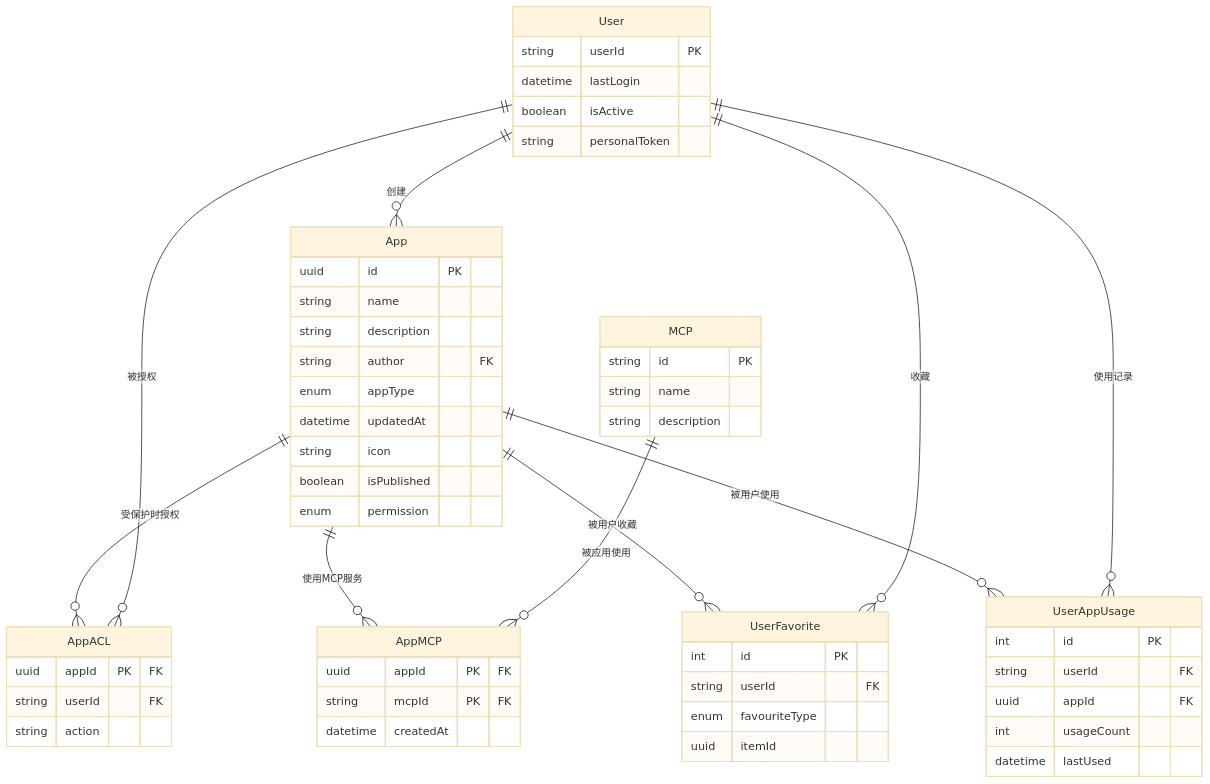
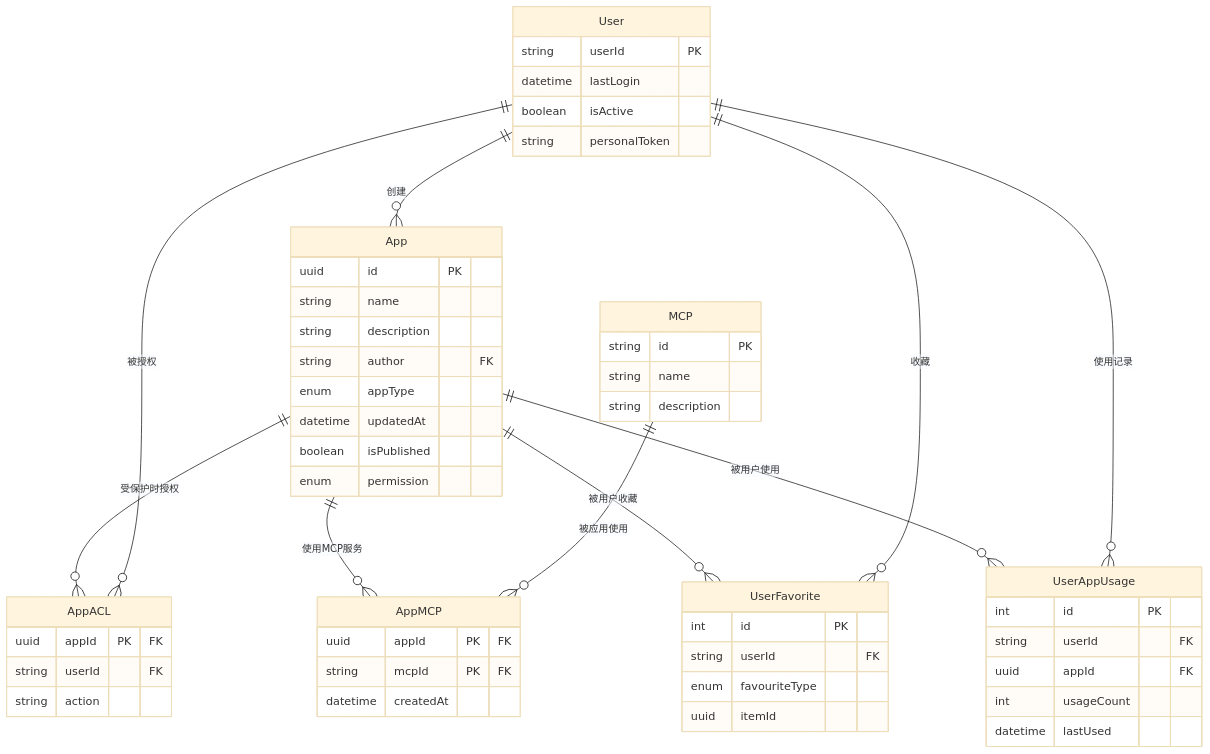
Before and after one commit to openeuler-mirror/euler-copilot-framework: the seventh of 8 diagrams in design/services/appcenter.md, drawn with Mermaid (base theme). The commit also changed other lines of this file and 1 other file, not shown here.

````diff
--- a/design/services/appcenter.md
+++ b/design/services/appcenter.md
@@ -760,64 +754,63 @@
 ```mermaid
 erDiagram
     App ||--o{ AppACL : "受保护时授权"
     App ||--o{ AppMCP : "使用MCP服务"
     App ||--o{ UserFavorite : "被用户收藏"
     App ||--o{ UserAppUsage : "被用户使用"
     User ||--o{ App : "创建"
     User ||--o{ AppACL : "被授权"
     User ||--o{ UserFavorite : "收藏"
     User ||--o{ UserAppUsage : "使用记录"
     MCP ||--o{ AppMCP : "被应用使用"
 
     App {
         uuid id PK
         string name
         string description
         string author "FK"
         enum appType
         datetime updatedAt
-        string icon
         boolean isPublished
         enum permission
     }
 
     AppACL {
         uuid appId PK "FK"
         string userId "FK"
         string action
     }
 
     AppMCP {
         uuid appId PK "FK"
         string mcpId PK "FK"
         datetime createdAt
     }
 
     User {
         string userId PK
         datetime lastLogin
         boolean isActive
         string personalToken
     }
 
     UserFavorite {
         int id PK
         string userId "FK"
         enum favouriteType
         uuid itemId
     }
 
     UserAppUsage {
         int id PK
         string userId "FK"
         uuid appId "FK"
         int usageCount
         datetime lastUsed
     }
 
     MCP {
         string id PK
         string name
         string description
     }
 ```
````
